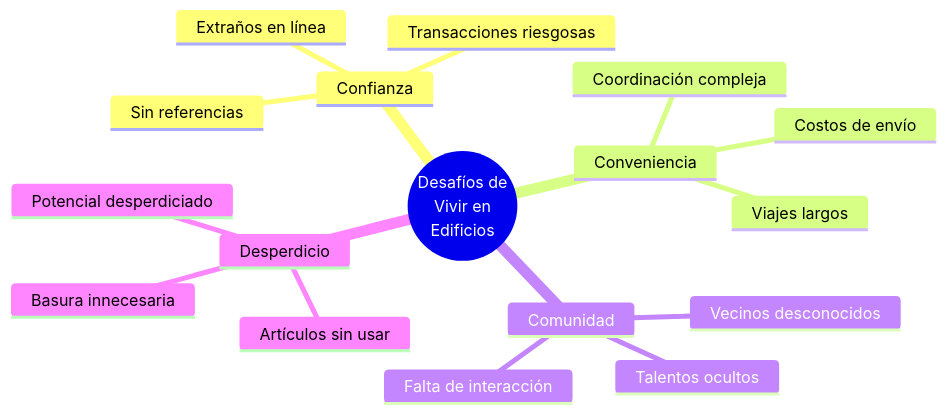
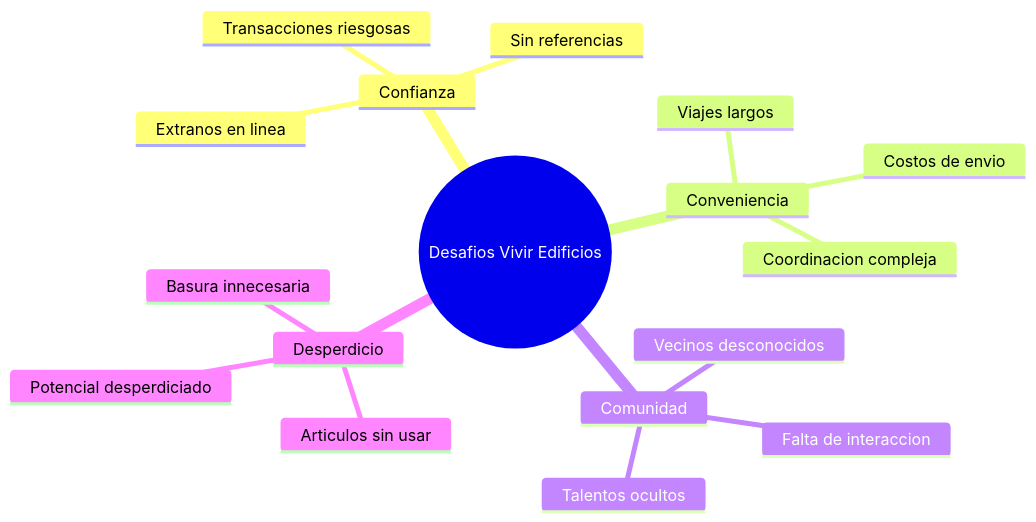
Before and after one commit to softv2ware/condomarket.api: the second of 25 diagrams in app.spanish.md, drawn with Mermaid. The commit also changed other lines of this file, not shown here.

````diff
--- a/app.spanish.md
+++ b/app.spanish.md
@@ -39,20 +39,20 @@
 ```mermaid
 mindmap
-  root((Desafíos de<br/>Vivir en<br/>Edificios))
+  root((Desafios Vivir Edificios))
     Confianza
-      Extraños en línea
+      Extranos en linea
       Transacciones riesgosas
       Sin referencias
     Conveniencia
       Viajes largos
-      Costos de envío
-      Coordinación compleja
+      Costos de envio
+      Coordinacion compleja
     Comunidad
       Vecinos desconocidos
-      Falta de interacción
+      Falta de interaccion
       Talentos ocultos
     Desperdicio
-      Artículos sin usar
+      Articulos sin usar
       Potencial desperdiciado
       Basura innecesaria
 ```
````
